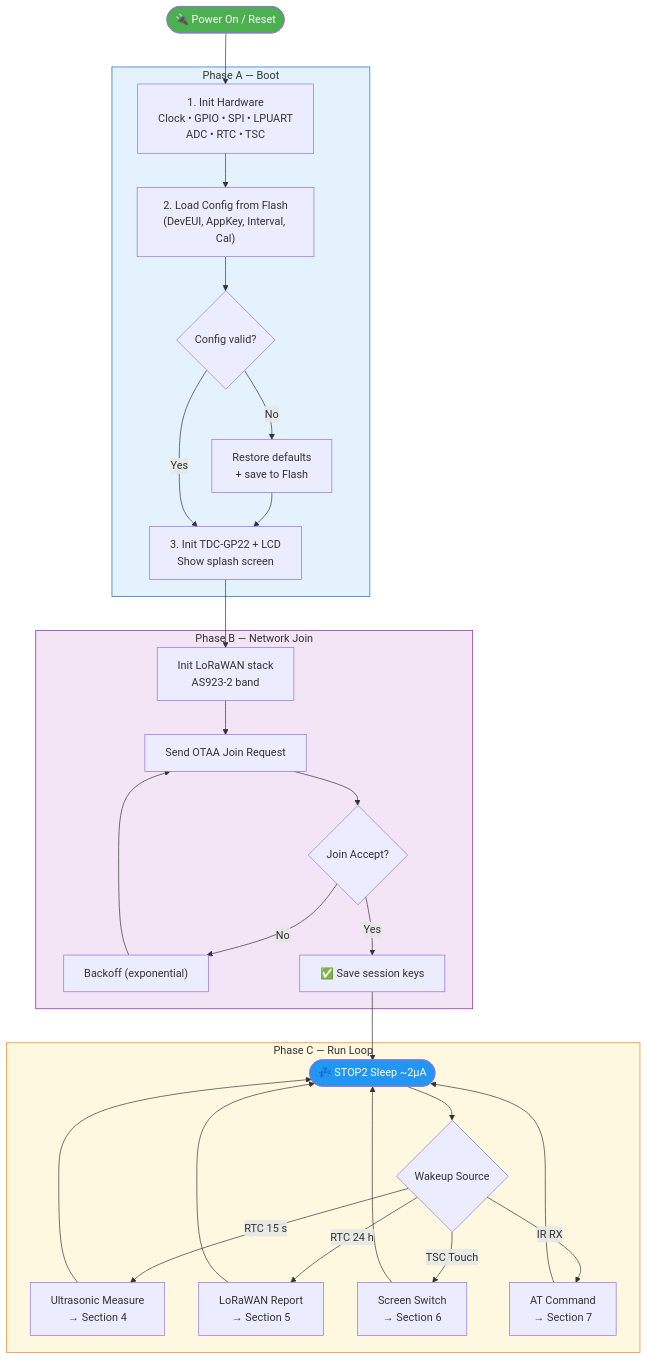
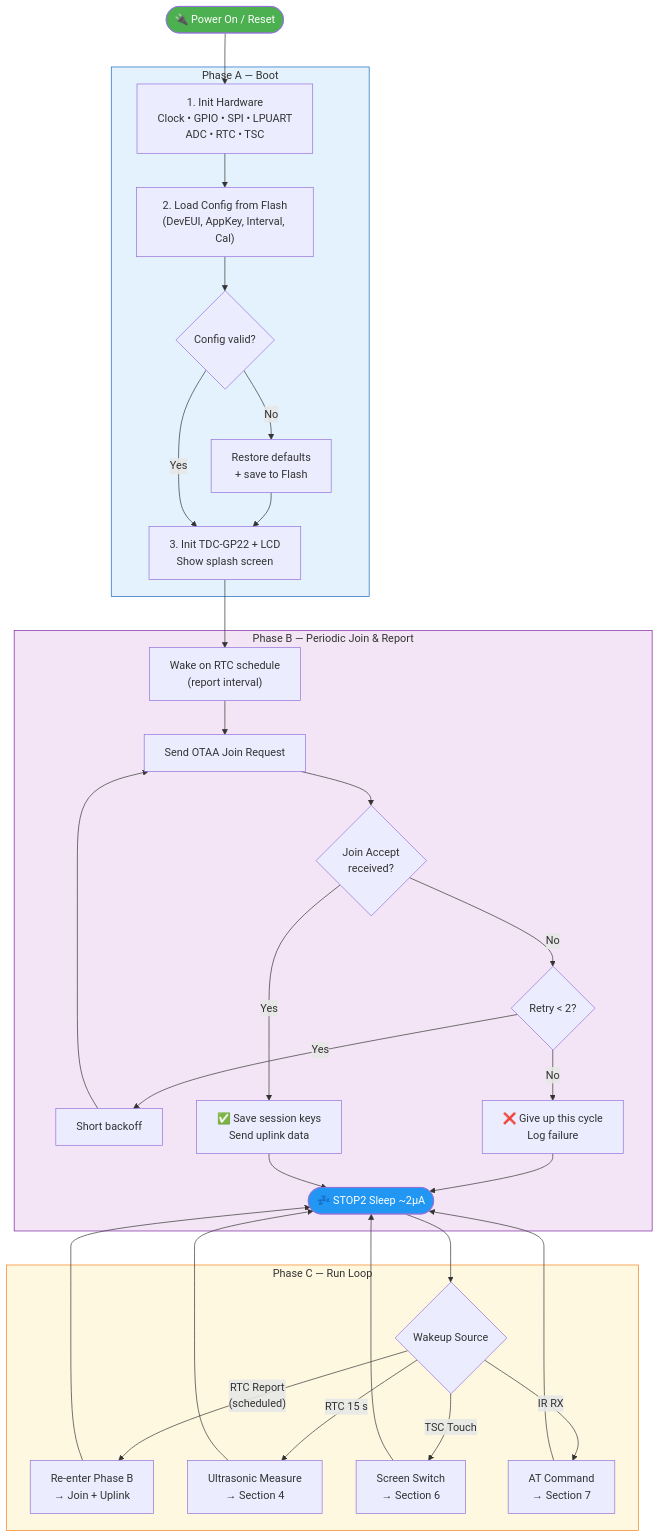
Before and after one commit to tuantran0707/WM: the third of 8 diagrams in documentation/DUT/Firmware_Flowchart_BlockDiagram.md, drawn with Mermaid. The commit also changed other lines of this file, not shown here.

Commit message:
add retry 2 time and receive join accept

````diff
--- a/documentation/DUT/Firmware_Flowchart_BlockDiagram.md
+++ b/documentation/DUT/Firmware_Flowchart_BlockDiagram.md
@@ -125,44 +130,48 @@
 ```mermaid
 flowchart TD
     START(["🔌 Power On / Reset"]) --> A1
 
     subgraph PHASE_A["Phase A — Boot"]
         A1["1. Init Hardware<br/>Clock • GPIO • SPI • LPUART<br/>ADC • RTC • TSC"]
         A1 --> A2["2. Load Config from Flash<br/>(DevEUI, AppKey, Interval, Cal)"]
         A2 --> A3{Config valid?}
         A3 -- No --> A4["Restore defaults<br/>+ save to Flash"]
         A4 --> A5
         A3 -- Yes --> A5["3. Init TDC-GP22 + LCD<br/>Show splash screen"]
     end
 
     A5 --> B1
 
-    subgraph PHASE_B["Phase B — Network Join"]
-        B1["Init LoRaWAN stack<br/>AS923-2 band"]
+    subgraph PHASE_B["Phase B — Periodic Join & Report"]
+        B1["Wake on RTC schedule<br/>(report interval)"]
         B1 --> B2["Send OTAA Join Request"]
-        B2 --> B3{Join Accept?}
-        B3 -- No --> B4["Backoff (exponential)"]
-        B4 --> B2
-        B3 -- Yes --> B5["✅ Save session keys"]
+        B2 --> B3{Join Accept<br/>received?}
+        B3 -- No --> B4{Retry < 2?}
+        B4 -- Yes --> B5["Short backoff"]
+        B5 --> B2
+        B4 -- No --> B6["❌ Give up this cycle<br/>Log failure"]
+        B3 -- Yes --> B7["✅ Save session keys<br/>Send uplink data"]
+        B6 --> IDLE
+        B7 --> IDLE
     end
 
-    B5 --> IDLE
+    IDLE([💤 STOP2 Sleep ~2µA])
 
     subgraph PHASE_C["Phase C — Run Loop"]
-        IDLE(["💤 STOP2 Sleep ~2µA"]) --> WK{Wakeup Source}
+        IDLE --> WK{Wakeup Source}
+        WK -- "RTC Report<br/>(scheduled)" --> EV0["Re-enter Phase B<br/>→ Join + Uplink"]
         WK -- "RTC 15 s" --> EV1["Ultrasonic Measure<br/>→ Section 4"]
-        WK -- "RTC 24 h" --> EV2["LoRaWAN Report<br/>→ Section 5"]
         WK -- "TSC Touch" --> EV3["Screen Switch<br/>→ Section 6"]
         WK -- "IR RX" --> EV4["AT Command<br/>→ Section 7"]
+        EV0 --> IDLE
         EV1 --> IDLE
-        EV2 --> IDLE
         EV3 --> IDLE
         EV4 --> IDLE
     end
 
     style START fill:#4CAF50,color:#fff
     style IDLE fill:#2196F3,color:#fff
     style PHASE_A fill:#E3F2FD,stroke:#1565C0
     style PHASE_B fill:#F3E5F5,stroke:#7B1FA2
     style PHASE_C fill:#FFF8E1,stroke:#F57F17
 ```
````
